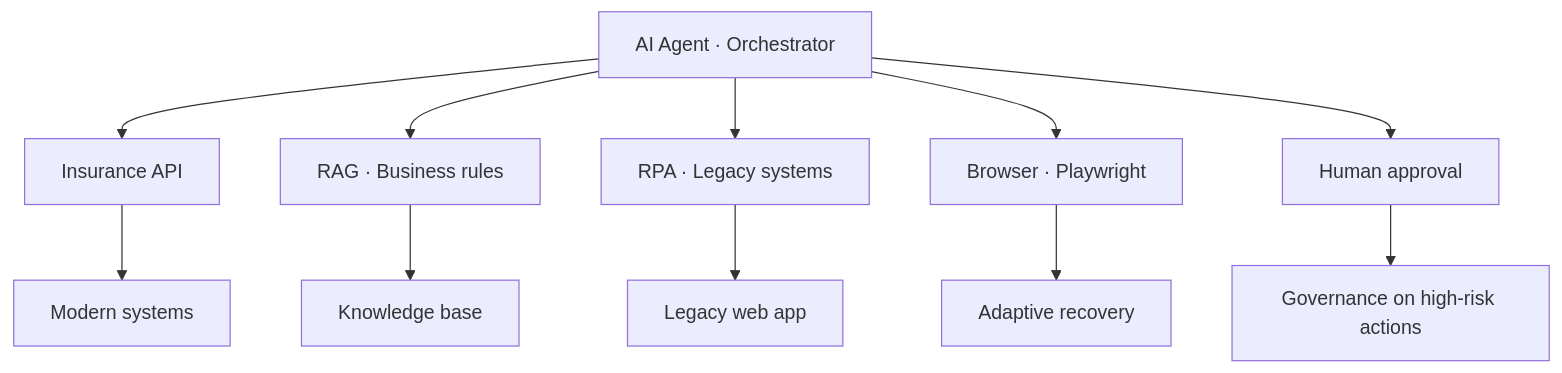
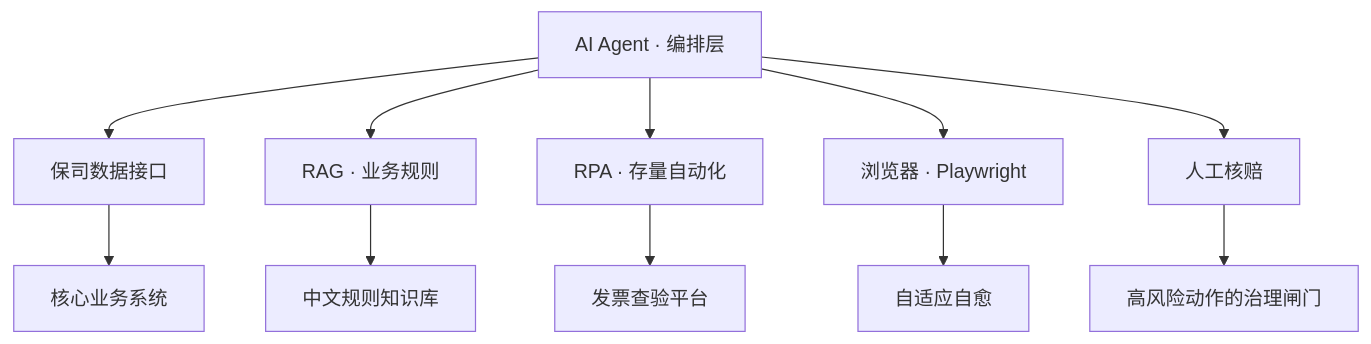
Before and after one commit to Jack-CuiXiaodong/agentic-insurance-automation: the first of 2 diagrams in README.md, drawn with Mermaid. The commit also changed other lines of this file and 47 other files, not shown here.

````diff
--- a/README.md
+++ b/README.md
@@ -23,14 +19,14 @@
 ```mermaid
 flowchart TD
-    A[AI Agent · Orchestrator]
-    A --> API[Insurance API]
-    A --> RAG[RAG · Business rules]
-    A --> RPA[RPA · Legacy systems]
-    A --> BR[Browser · Playwright]
-    A --> H[Human approval]
-    API --> M[Modern systems]
-    RAG --> KB[Knowledge base]
-    RPA --> L[Legacy web app]
-    BR --> R[Adaptive recovery]
-    H --> G[Governance on high-risk actions]
+    A[AI Agent · 编排层]
+    A --> API[保司数据接口]
+    A --> RAG[RAG · 业务规则]
+    A --> RPA[RPA · 存量自动化]
+    A --> BR[浏览器 · Playwright]
+    A --> H[人工核赔]
+    API --> M[核心业务系统]
+    RAG --> KB[中文规则知识库]
+    RPA --> L[发票查验平台]
+    BR --> R[自适应自愈]
+    H --> G[高风险动作的治理闸门]
 ```
````
